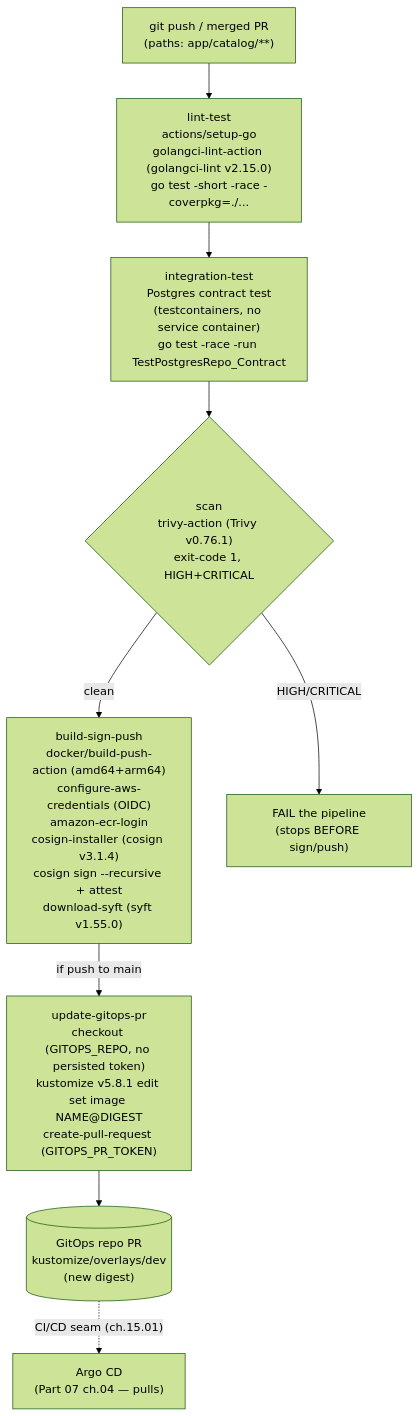
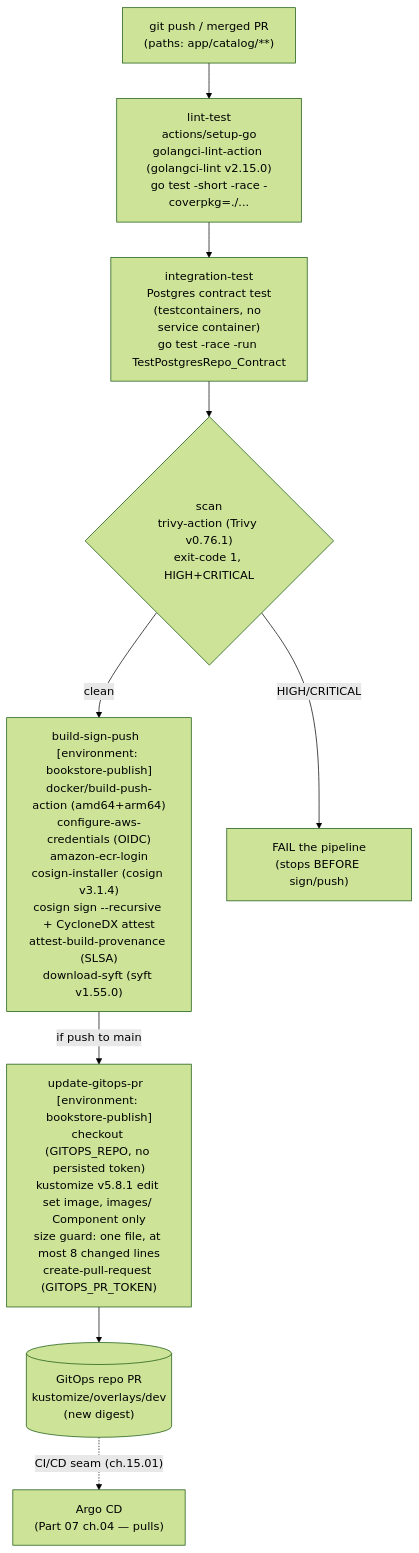
One commit to abd-ulbasit/bookstore-kubernetes-guide changed the diagram in full-guide/15-day-to-day-production-ops/02-application-cicd-pipelines.md. Above: the diagram before and after it, drawn with Mermaid (forest theme). The commit also changed other lines of this file and 7 other files, not shown here.

````diff
--- a/full-guide/15-day-to-day-production-ops/02-application-cicd-pipelines.md
+++ b/full-guide/15-day-to-day-production-ops/02-application-cicd-pipelines.md
@@ -189,18 +197,18 @@
 ```mermaid
 flowchart TD
     push["git push / merged PR<br/>(paths: app/catalog/**)"]
     lt["lint-test<br/>actions/setup-go<br/>golangci-lint-action (golangci-lint v2.15.0)<br/>go test -short -race -coverpkg=./..."]
     it["integration-test<br/>Postgres contract test<br/>(testcontainers, no service container)<br/>go test -race -run TestPostgresRepo_Contract"]
     sc{"scan<br/>trivy-action (Trivy v0.76.1)<br/>exit-code 1, HIGH+CRITICAL"}
-    bsp["build-sign-push<br/>docker/build-push-action (amd64+arm64)<br/>configure-aws-credentials (OIDC)<br/>amazon-ecr-login<br/>cosign-installer (cosign v3.1.4)<br/>cosign sign --recursive + attest<br/>download-syft (syft v1.55.0)"]
-    gp["update-gitops-pr<br/>checkout (GITOPS_REPO, no persisted token)<br/>kustomize v5.8.1 edit set image NAME@DIGEST<br/>create-pull-request (GITOPS_PR_TOKEN)"]
+    bsp["build-sign-push  [environment: bookstore-publish]<br/>docker/build-push-action (amd64+arm64)<br/>configure-aws-credentials (OIDC)<br/>amazon-ecr-login<br/>cosign-installer (cosign v3.1.4)<br/>cosign sign --recursive + CycloneDX attest<br/>attest-build-provenance (SLSA)<br/>download-syft (syft v1.55.0)"]
+    gp["update-gitops-pr  [environment: bookstore-publish]<br/>checkout (GITOPS_REPO, no persisted token)<br/>kustomize v5.8.1 edit set image, images/ Component only<br/>size guard: one file, at most 8 changed lines<br/>create-pull-request (GITOPS_PR_TOKEN)"]
     fail["FAIL the pipeline<br/>(stops BEFORE sign/push)"]
     git[("GitOps repo PR<br/>kustomize/overlays/dev<br/>(new digest)")]
     argo["Argo CD<br/>(Part 07 ch.04 — pulls)"]
 
     push --> lt --> it --> sc
     sc -- "clean" --> bsp -- "if push to main" --> gp
     sc -- "HIGH/CRITICAL" --> fail
     gp --> git
     git -. "CI/CD seam (ch.15.01)" .-> argo
 ```
````
